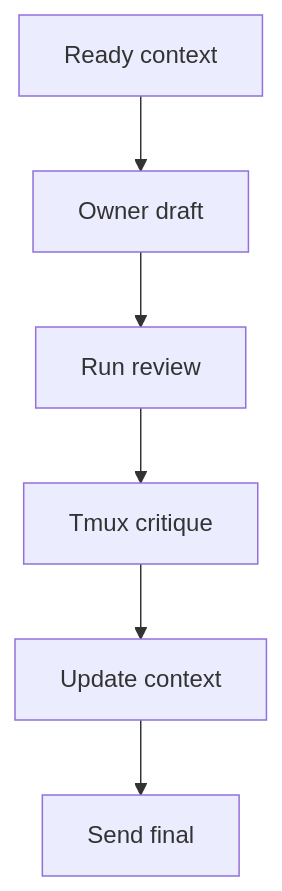
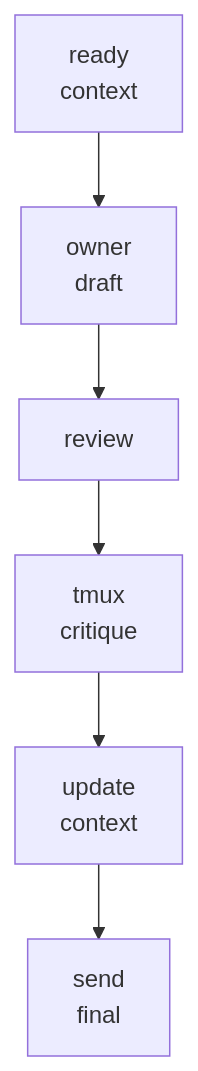
Before and after one commit to TrailblazerSR/ask-tmux-pipeline: the sixth of 7 diagrams in README.md, drawn with Mermaid. The commit also changed other lines of this file, not shown here.

First line of the commit message:
Wrap Mermaid labels for reliable GitHub rendering

````diff
--- a/README.md
+++ b/README.md
@@ -191,11 +213,16 @@
 ```mermaid
 flowchart TD
     accTitle: Draft Review Flow
     accDescr: Draft review flow where the owner CLI asks tmux Claude or Codex to critique a draft before the final answer is sent
 
-    ready_context[Ready context] --> owner_draft[Owner draft]
-    owner_draft --> run_review[Run review]
-    run_review --> tmux_critique[Tmux critique]
-    tmux_critique --> update_context[Update context]
-    update_context --> send_final[Send final]
+    ready_context["`ready
+    context`"] --> owner_draft["`owner
+    draft`"]
+    owner_draft --> run_review["`review`"]
+    run_review --> tmux_critique["`tmux
+    critique`"]
+    tmux_critique --> update_context["`update
+    context`"]
+    update_context --> send_final["`send
+    final`"]
 ```
````
